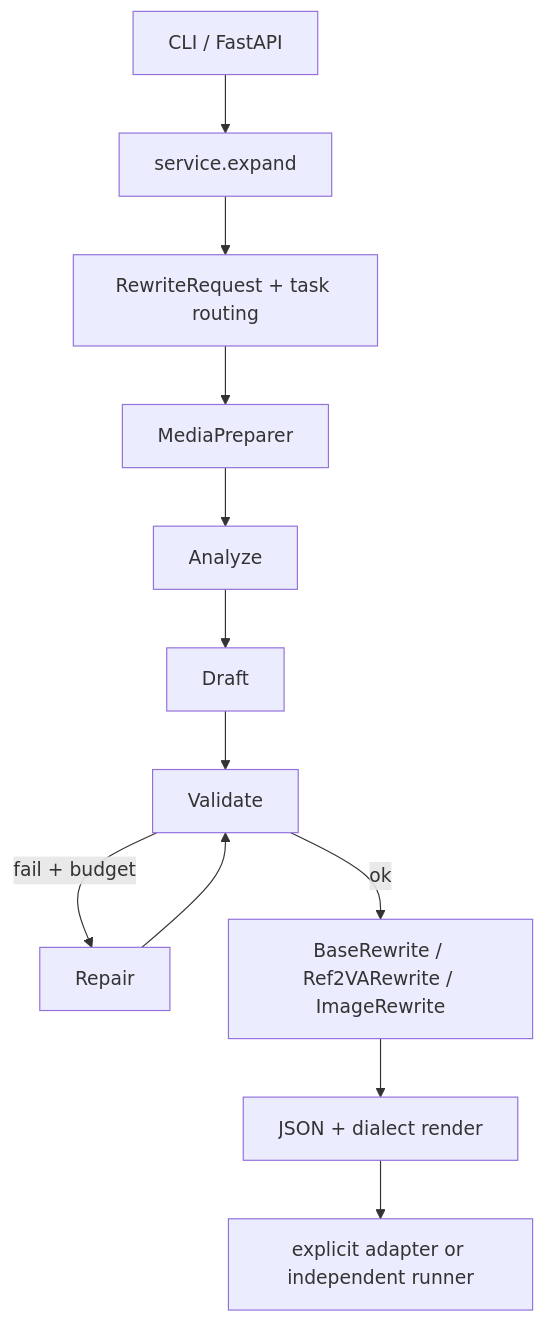
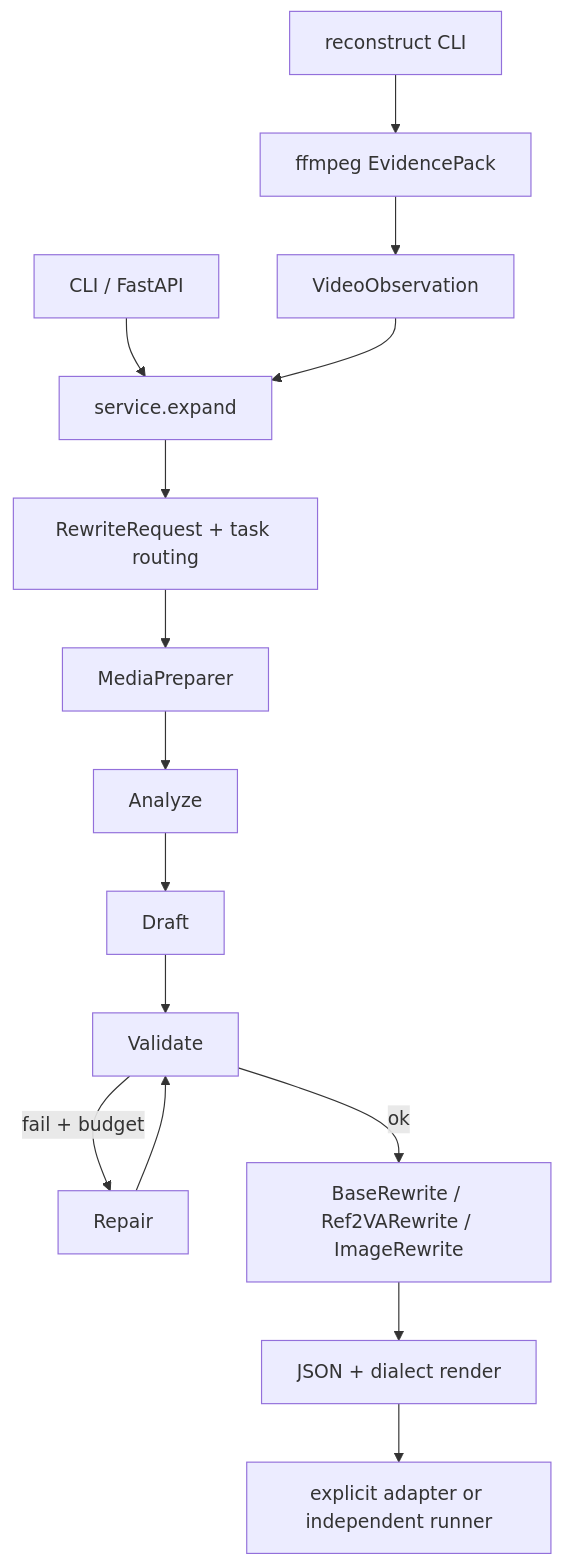
The diagram in docs/architecture.md (WayneJin0918/Omni-Rewriter), drawn with Mermaid before and after one commit. The commit also changed other lines of this file and 53 other files, not shown here.

First line of the commit message:
Add video reconstruct and default the Writer to Qwen3.6-35B-A3B.

````diff
--- a/docs/architecture.md
+++ b/docs/architecture.md
@@ -20,14 +20,17 @@
 ```mermaid
 flowchart TD
   CLI[CLI / FastAPI] --> S[service.expand]
   S --> R[RewriteRequest + task routing]
   R --> M[MediaPreparer]
   M --> A[Analyze]
   A --> D[Draft]
   D --> V[Validate]
   V -->|fail + budget| P[Repair]
   P --> V
   V -->|ok| O[BaseRewrite / Ref2VARewrite / ImageRewrite]
   O --> Out[JSON + dialect render]
   Out --> Gen[explicit adapter or independent runner]
+  Rec[reconstruct CLI] --> Pack[ffmpeg EvidencePack]
+  Pack --> Obs[VideoObservation]
+  Obs --> S
 ```
````
